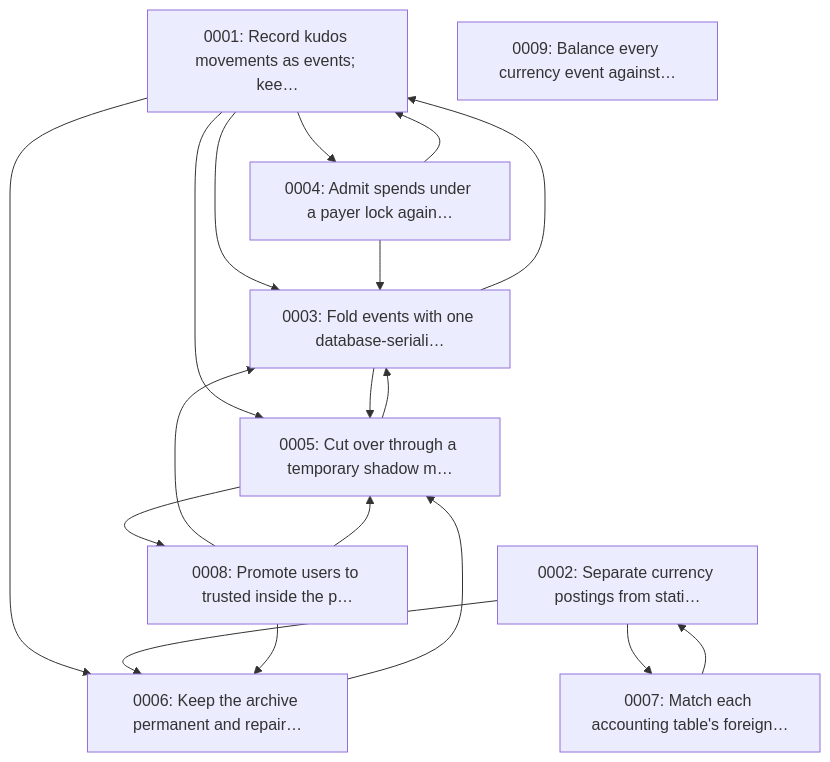
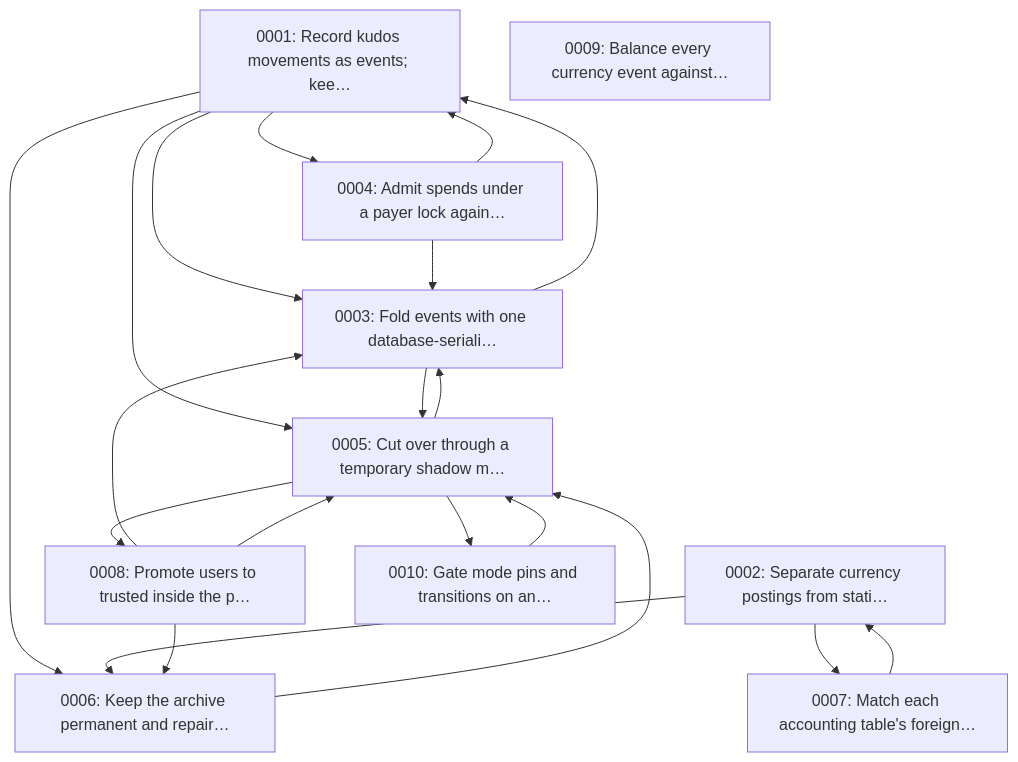
The diagram in docs/decisions/index.md (Haidra-Org/AI-Horde), drawn with Mermaid before and after one commit. The commit also changed other lines of this file and 9 other files, not shown here.

````diff
--- a/docs/decisions/index.md
+++ b/docs/decisions/index.md
@@ -30,29 +31,32 @@
 ```mermaid
 flowchart TD
     r0001["0001: Record kudos movements as events; kee…"]
     r0002["0002: Separate currency postings from stati…"]
     r0003["0003: Fold events with one database-seriali…"]
     r0004["0004: Admit spends under a payer lock again…"]
     r0005["0005: Cut over through a temporary shadow m…"]
     r0006["0006: Keep the archive permanent and repair…"]
     r0007["0007: Match each accounting table's foreign…"]
     r0008["0008: Promote users to trusted inside the p…"]
     r0009["0009: Balance every currency event against…"]
+    r0010["0010: Gate mode pins and transitions on an…"]
     r0001 --> r0003
     r0001 --> r0004
     r0001 --> r0005
     r0001 --> r0006
     r0002 --> r0006
     r0002 --> r0007
     r0003 --> r0001
     r0003 --> r0005
     r0004 --> r0001
     r0004 --> r0003
     r0005 --> r0003
     r0005 --> r0008
+    r0005 --> r0010
     r0006 --> r0005
     r0007 --> r0002
     r0008 --> r0003
     r0008 --> r0005
     r0008 --> r0006
+    r0010 --> r0005
 ```
````
